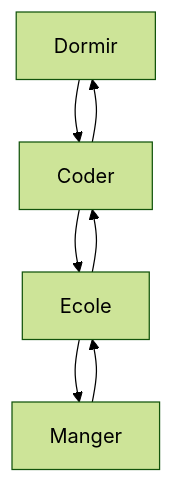
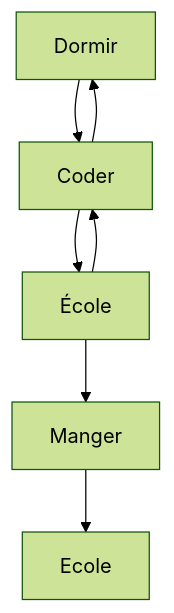
The diagram in README.md (userzfr/userzfr), drawn with Mermaid (forest theme) before and after one commit.

````diff
--- a/README.md
+++ b/README.md
@@ -30,9 +30,9 @@
 ```mermaid 
     graph TD;
     Dormir-->Coder;
-    Coder-->Ecole;
-    Ecole-->Manger;
+    Coder-->École;
+    École-->Manger;
     Manger-->Ecole;
-    Ecole-->Coder;
+    École-->Coder;
     Coder-->Dormir;
 ```
````
